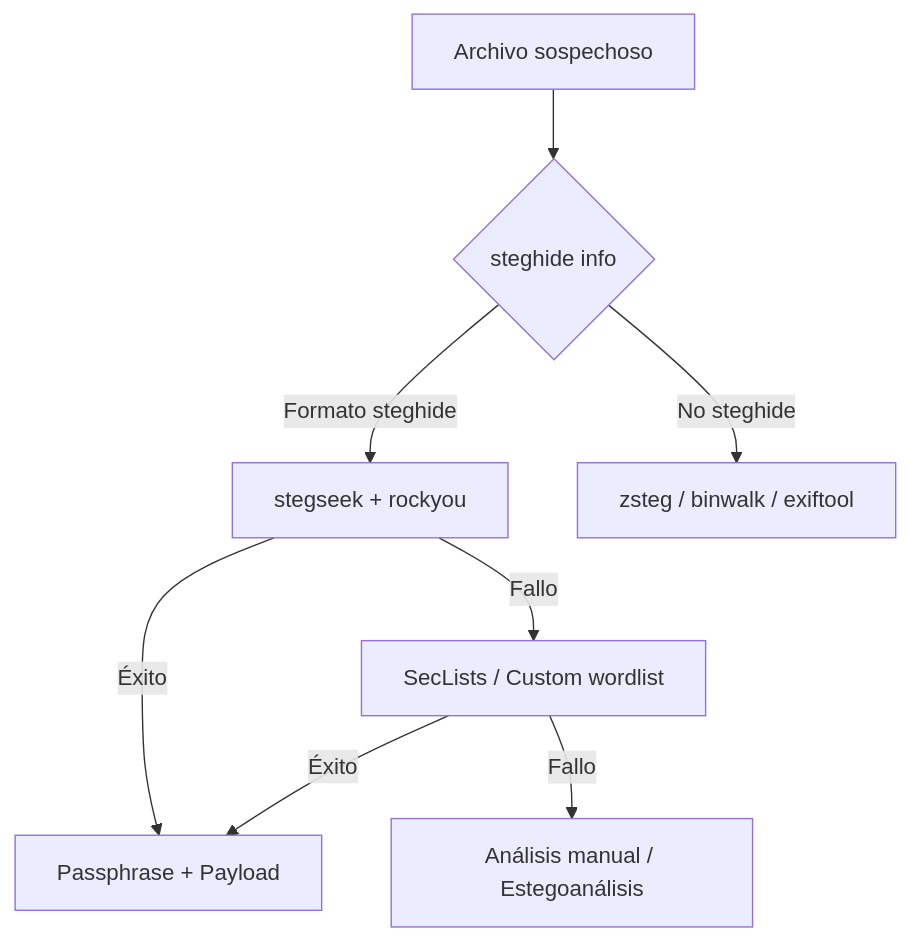
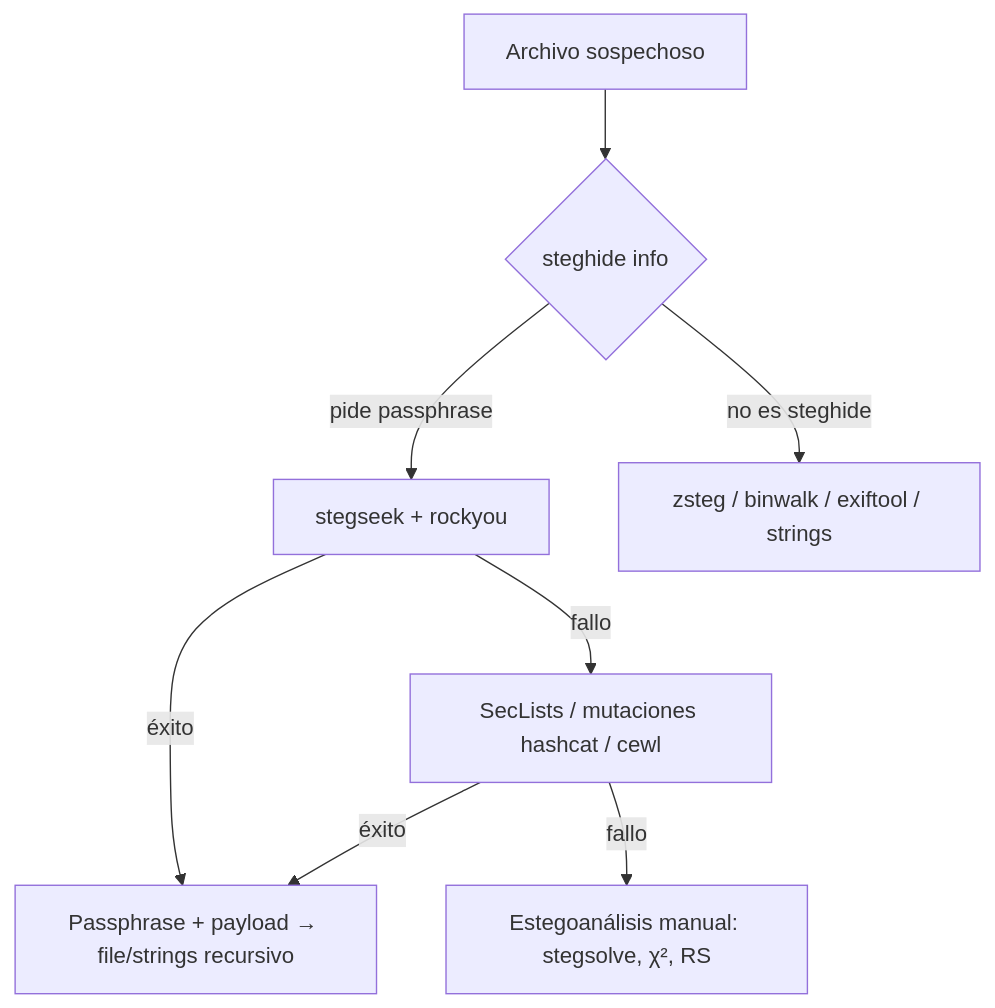
The diagram in 20 - Seguridad/Conceptos/Esteganografía/Stegseek - Guía Rápida.md (danystarrkk/Brain), drawn with Mermaid before and after one commit. The commit also changed other lines of this file and 11 other files, not shown here.

````diff
--- a/20 - Seguridad/Conceptos/Esteganografía/Stegseek - Guía Rápida.md
+++ b/20 - Seguridad/Conceptos/Esteganografía/Stegseek - Guía Rápida.md
@@ -158,10 +71,10 @@
 ```mermaid
 graph TD
     A[Archivo sospechoso] --> B{steghide info}
-    B -->|Formato steghide| C[stegseek + rockyou]
-    B -->|No steghide| D[zsteg / binwalk / exiftool]
-    C -->|Éxito| E[Passphrase + Payload]
-    C -->|Fallo| F[SecLists / Custom wordlist]
-    F -->|Éxito| E
-    F -->|Fallo| G[Análisis manual / Estegoanálisis]
+    B -->|pide passphrase| C[stegseek + rockyou]
+    B -->|no es steghide| D[zsteg / binwalk / exiftool / strings]
+    C -->|éxito| E[Passphrase + payload → file/strings recursivo]
+    C -->|fallo| F[SecLists / mutaciones hashcat / cewl]
+    F -->|éxito| E
+    F -->|fallo| G[Estegoanálisis manual: stegsolve, χ², RS]
 ```
````
